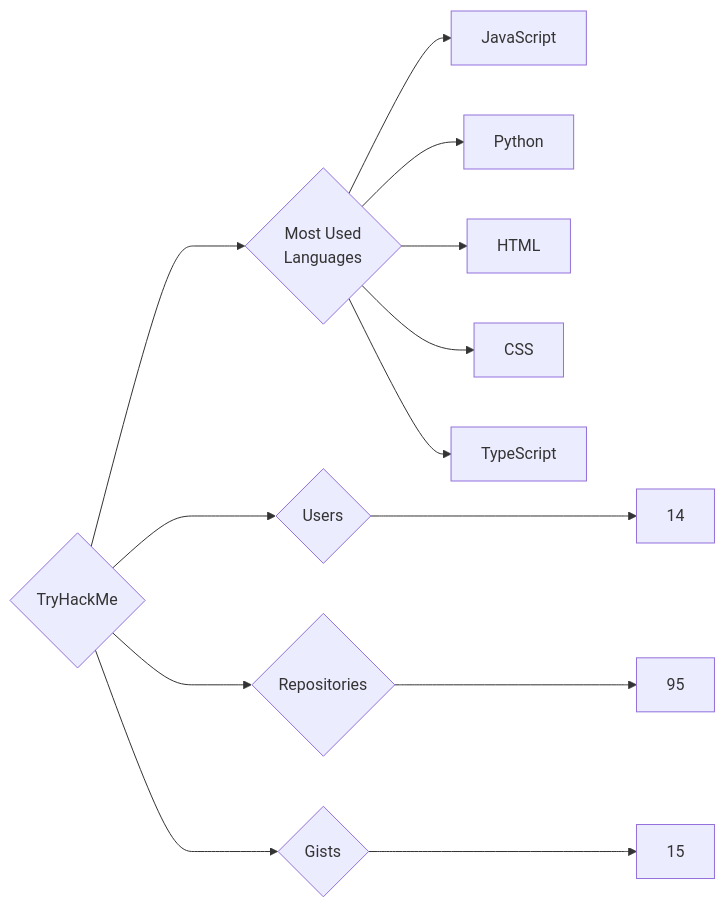
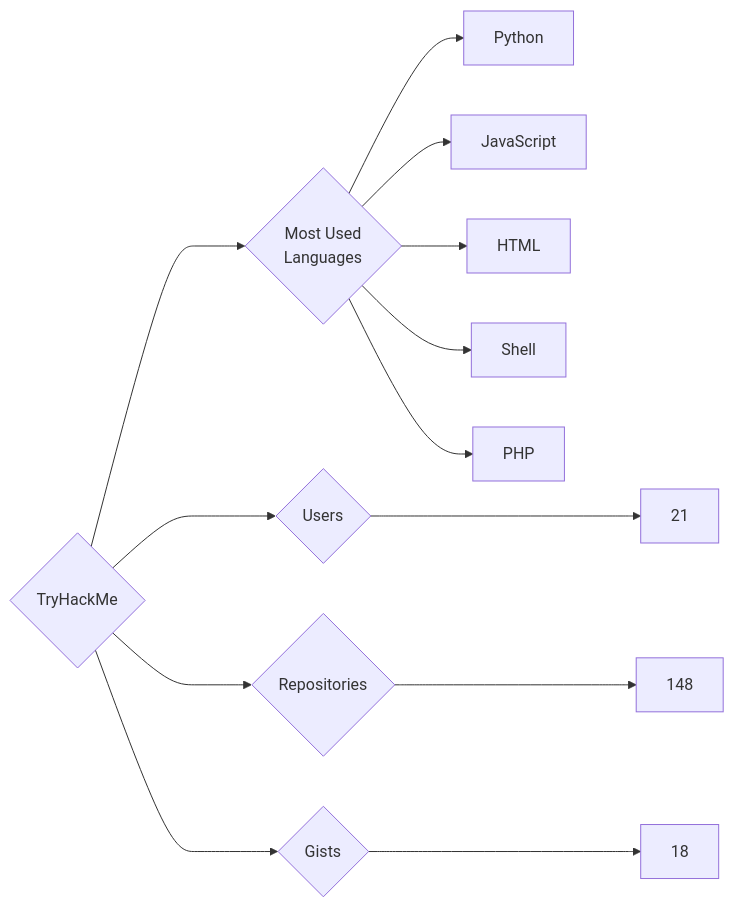
One commit to trickest/insiders changed the diagram in targets/TryHackMe/README.md. Above: the diagram before and after it, drawn with Mermaid. The commit also changed 969 other files, not shown here.

````diff
--- a/targets/TryHackMe/README.md
+++ b/targets/TryHackMe/README.md
@@ -3,13 +3,13 @@
 ```mermaid
 graph LR
 COMPANY_NAME{TryHackMe}
-COMPANY_NAME ---> U{Users} ---> UN[14]
-COMPANY_NAME ---> R{Repositories} ---> RN[95]
-COMPANY_NAME ---> G{Gists} ---> GN[15]
+COMPANY_NAME ---> U{Users} ---> UN[21]
+COMPANY_NAME ---> R{Repositories} ---> RN[148]
+COMPANY_NAME ---> G{Gists} ---> GN[18]
 COMPANY_NAME ---> ML{Most Used<br>Languages}
+ML --> Python[Python]
 ML --> JavaScript[JavaScript]
-ML --> Python[Python]
 ML --> HTML[HTML]
-ML --> CSS[CSS]
-ML --> TypeScript[TypeScript]
+ML --> Shell[Shell]
+ML --> PHP[PHP]
 ```
````
